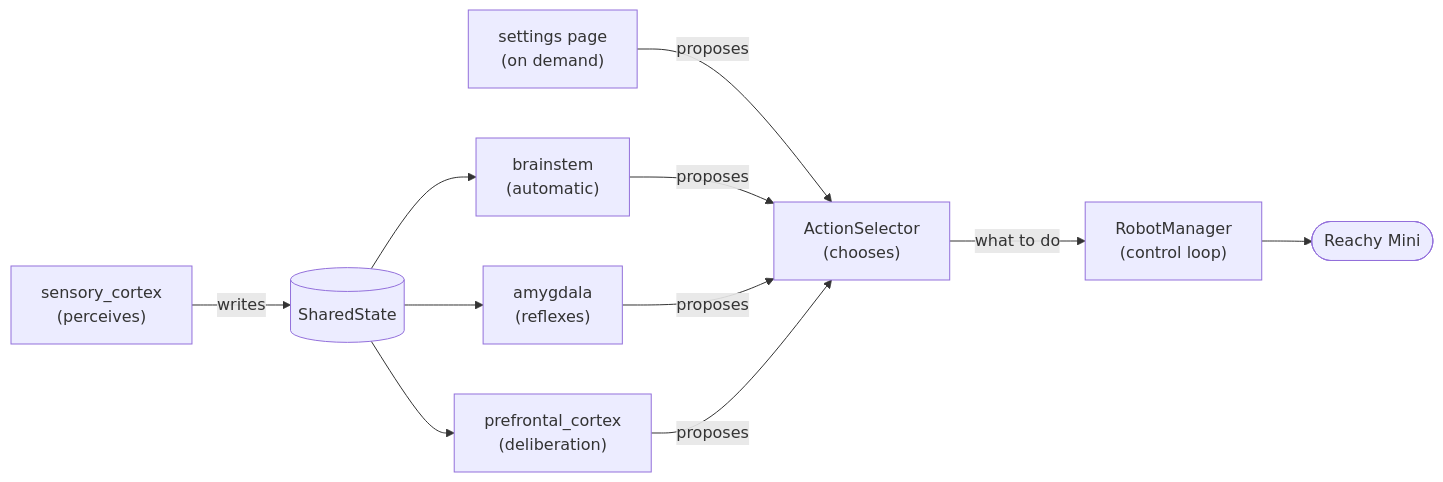
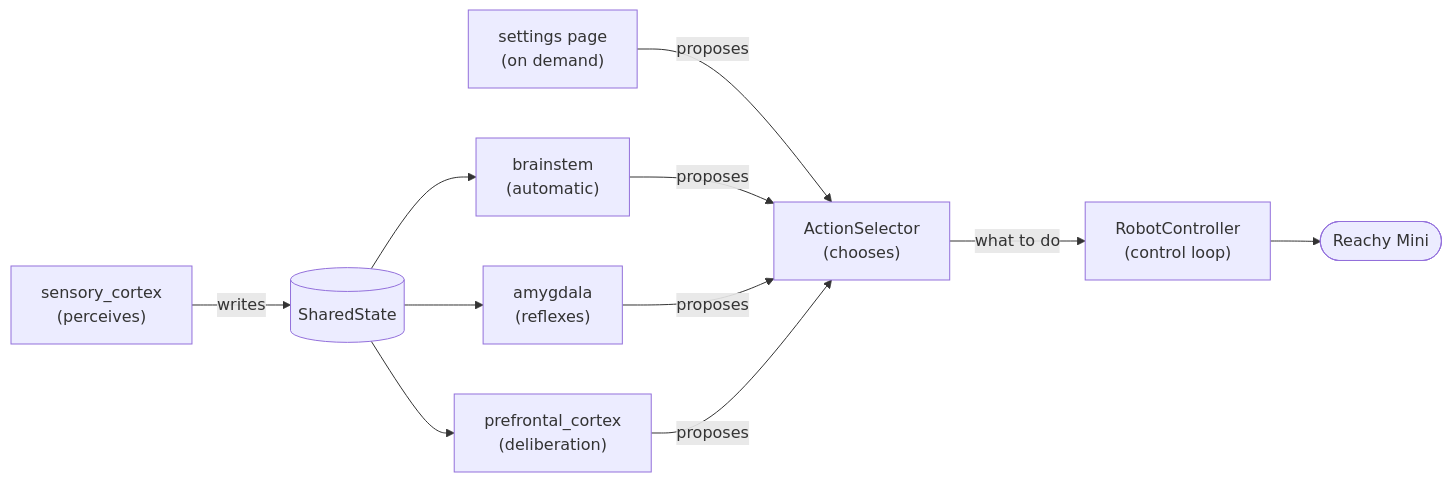
Before and after one commit to HTurlet15/reachy_alive: the diagram in ARCHITECTURE.md, drawn with Mermaid. The commit also changed other lines of this file and 8 other files, not shown here.

Commit message:
refactor: rename RobotManager to RobotController

````diff
--- a/ARCHITECTURE.md
+++ b/ARCHITECTURE.md
@@ -20,13 +20,13 @@
 ```mermaid
 flowchart LR
     senses["sensory_cortex<br/>(perceives)"] -->|writes| state[("SharedState")]
     state --> brainstem["brainstem<br/>(automatic)"]
     state --> amygdala["amygdala<br/>(reflexes)"]
     state --> cortex["prefrontal_cortex<br/>(deliberation)"]
     page["settings page<br/>(on demand)"] -->|proposes| selector
     brainstem -->|proposes| selector["ActionSelector<br/>(chooses)"]
     amygdala -->|proposes| selector
     cortex -->|proposes| selector
-    selector -->|what to do| manager["RobotManager<br/>(control loop)"]
+    selector -->|what to do| manager["RobotController<br/>(control loop)"]
     manager --> robot(["Reachy Mini"])
 ```
````
